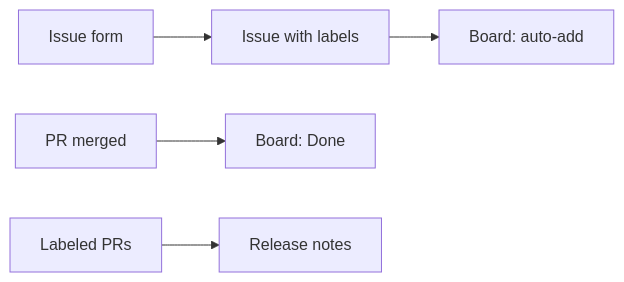
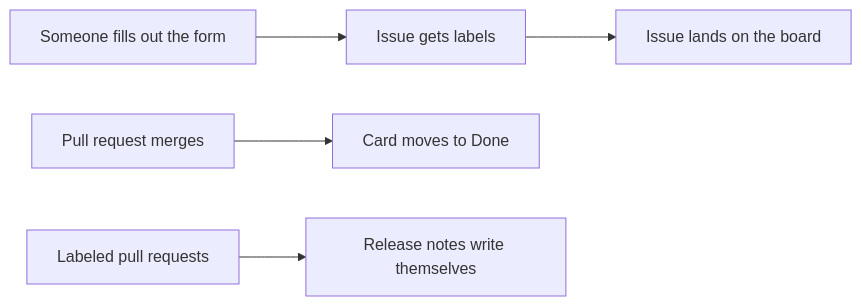
The diagram in 04_TemplatesIssuesBoard/README.md (amyabelsql/DayOfData_Portland_2026), drawn with Mermaid before and after one commit. The commit also changed other lines of this file and 35 other files, not shown here.

````diff
--- a/04_TemplatesIssuesBoard/README.md
+++ b/04_TemplatesIssuesBoard/README.md
@@ -20,6 +29,6 @@
 ```mermaid
 flowchart LR
-    F[Issue form] --> I[Issue with labels] --> B[Board: auto-add]
-    PR[PR merged] --> D[Board: Done]
-    L[Labeled PRs] --> R[Release notes]
+    F[Someone fills out the form] --> I[Issue gets labels] --> B[Issue lands on the board]
+    PR[Pull request merges] --> D[Card moves to Done]
+    L[Labeled pull requests] --> R[Release notes write themselves]
 ```
````
